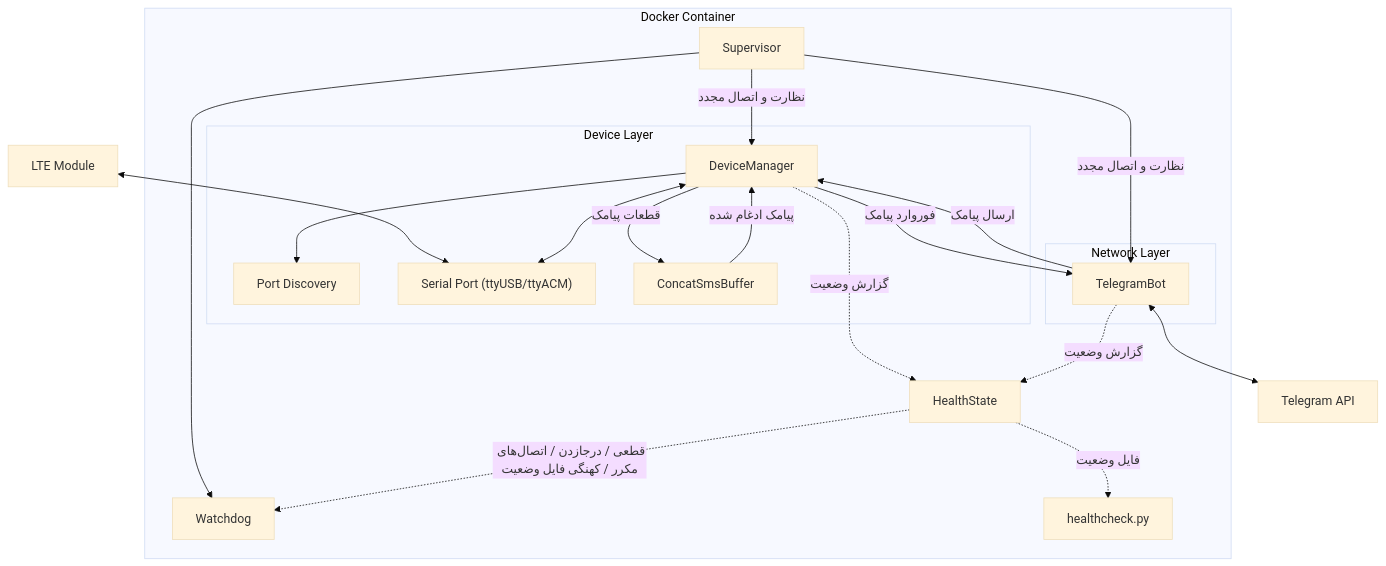
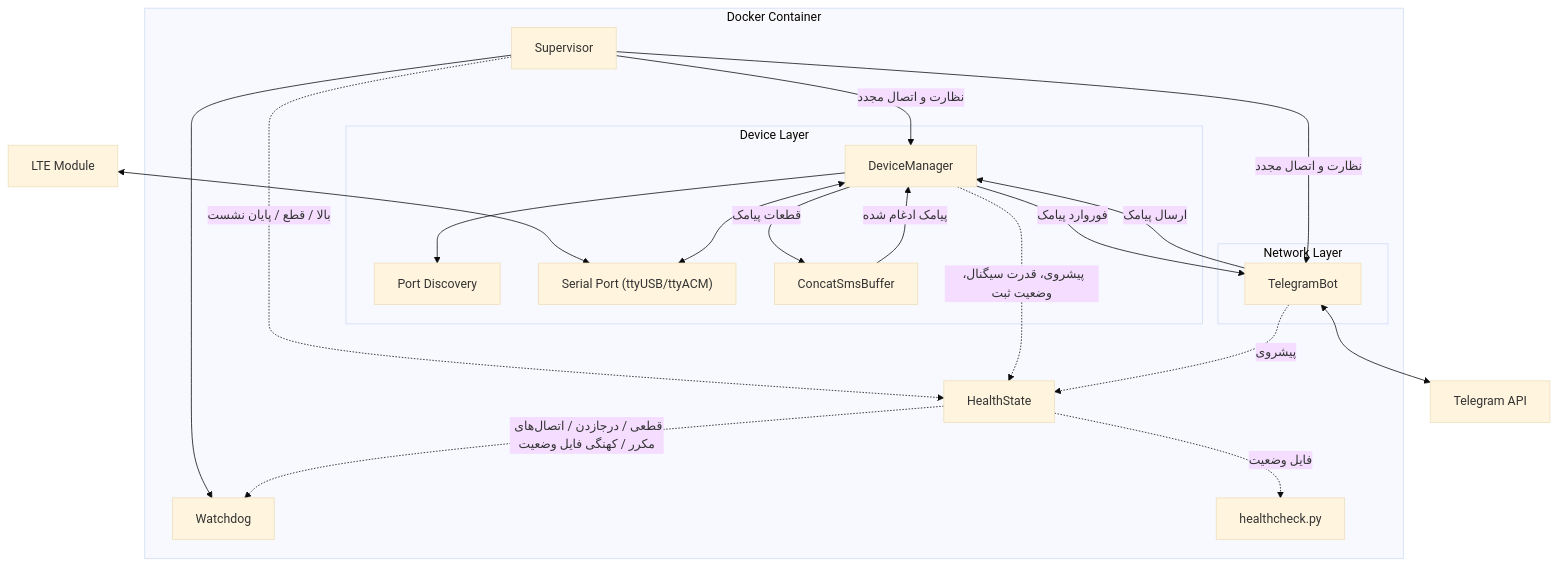
One commit to vxhorse/SMS_forwarder_Telegram changed the diagram in README_FA.md. Above: the diagram before and after it, drawn with Mermaid (base theme). The commit also changed other lines of this file and 8 other files, not shown here.

````diff
--- a/README_FA.md
+++ b/README_FA.md
@@ -21,37 +21,38 @@
 ```mermaid
 graph TD
     subgraph DC [Docker Container]
         Sup[Supervisor]
         WD[Watchdog]
         HS[HealthState]
         HC["healthcheck.py"]
 
         subgraph DeviceLayer [Device Layer]
             DM[DeviceManager]
             Disc[Port Discovery]
             Serial["Serial Port (ttyUSB/ttyACM)"]
             Buffer[ConcatSmsBuffer]
         end
 
         subgraph NetworkLayer [Network Layer]
             Bot[TelegramBot]
         end
     end
 
     Hardware[LTE Module] <--> Serial
     Sup -- "نظارت و اتصال مجدد" --> DM
     Sup -- "نظارت و اتصال مجدد" --> Bot
     Sup --> WD
     DM --> Disc
     DM <--> Serial
     DM -- "قطعات پیامک" --> Buffer
     Buffer -- "پیامک ادغام شده" --> DM
     DM -- "فوروارد پیامک" --> Bot
     Bot -- "ارسال پیامک" --> DM
     Bot <--> API[Telegram API]
 
-    DM -. "گزارش وضعیت" .-> HS
-    Bot -. "گزارش وضعیت" .-> HS
+    Sup -. "بالا / قطع / پایان نشست" .-> HS
+    DM -. "پیشروی، قدرت سیگنال، وضعیت ثبت" .-> HS
+    Bot -. "پیشروی" .-> HS
     HS -. "قطعی / درجازدن / اتصال‌های مکرر / کهنگی فایل وضعیت" .-> WD
     HS -. "فایل وضعیت" .-> HC
 ```
````
